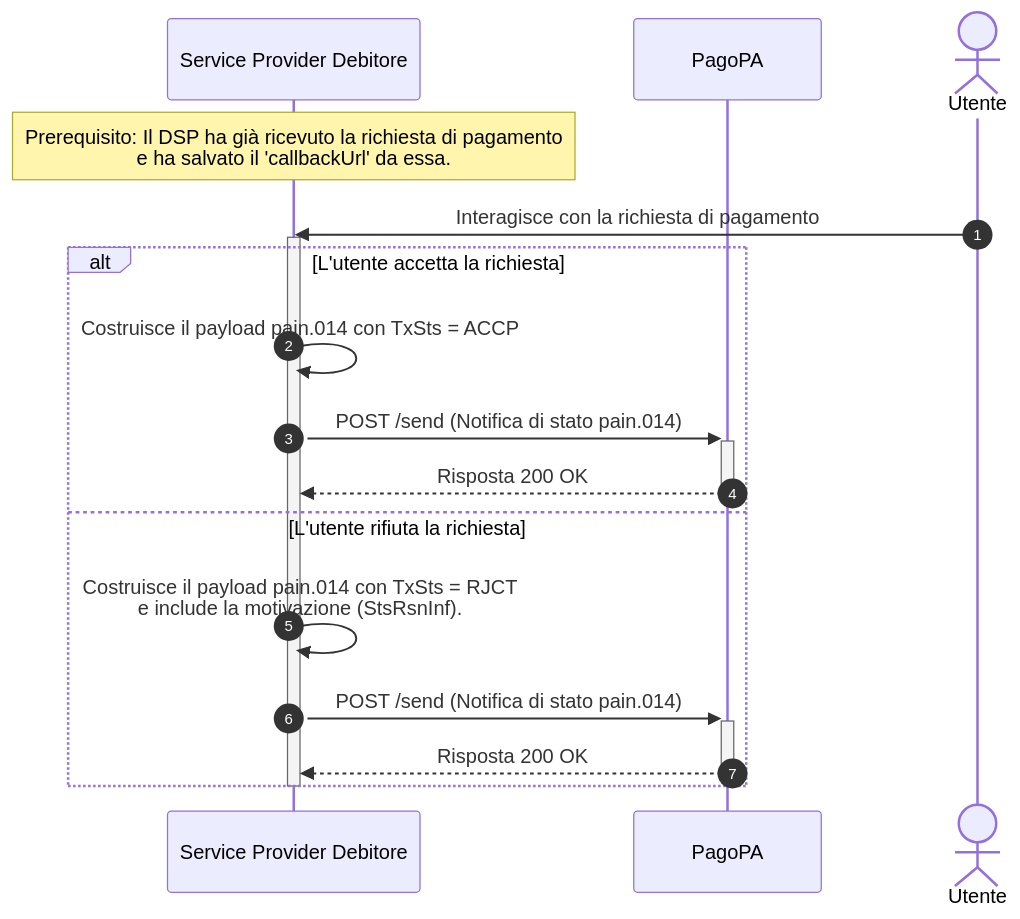
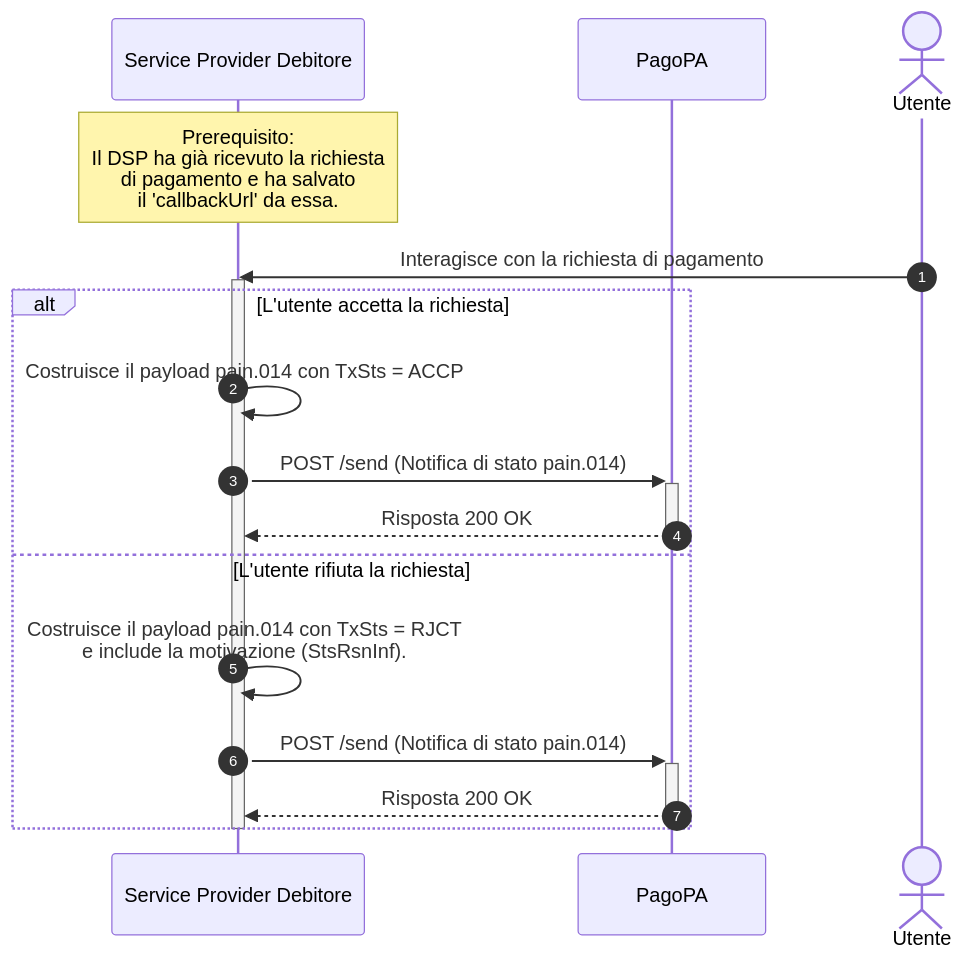
The diagram in docs/ehvH7YE5R9GDHFFfnCv1/tutorial/come-inviare-una-risposta-di-stato-via-callback.md (pagopa/devportal-docs), drawn with Mermaid before and after one commit.

Commit message:
GITBOOK-11: fix mermaid diagram

````diff
--- a/docs/ehvH7YE5R9GDHFFfnCv1/tutorial/come-inviare-una-risposta-di-stato-via-callback.md
+++ b/docs/ehvH7YE5R9GDHFFfnCv1/tutorial/come-inviare-una-risposta-di-stato-via-callback.md
@@ -7,29 +7,29 @@
 ```mermaid
 
 sequenceDiagram
     autonumber
 
     participant DSP as Service Provider Debitore
     participant PPA as PagoPA
     actor U as Utente
 
-    Note over DSP: Prerequisito: Il DSP ha già ricevuto la richiesta di pagamento<br>e ha salvato il 'callbackUrl' da essa.
+    Note over DSP: Prerequisito:<br> Il DSP ha già ricevuto la richiesta <br> di pagamento e ha salvato <br> il 'callbackUrl' da essa.
 
     U->>DSP: Interagisce con la richiesta di pagamento
 
     activate DSP
 
     alt L'utente accetta la richiesta
         DSP->>DSP: Costruisce il payload pain.014 con TxSts = ACCP
         DSP->>+PPA: POST /send (Notifica di stato pain.014)
         PPA-->>-DSP: Risposta 200 OK
 
     else L'utente rifiuta la richiesta
         DSP->>DSP: Costruisce il payload pain.014 con TxSts = RJCT<br>e include la motivazione (StsRsnInf).
         DSP->>+PPA: POST /send (Notifica di stato pain.014)
         PPA-->>-DSP: Risposta 200 OK
     end
 
     deactivate DSP
 
 ```
````
